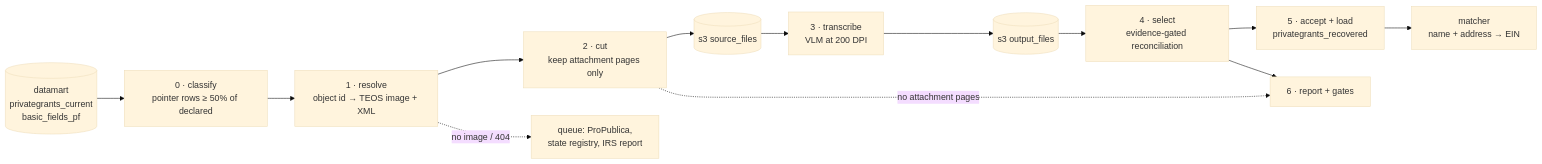
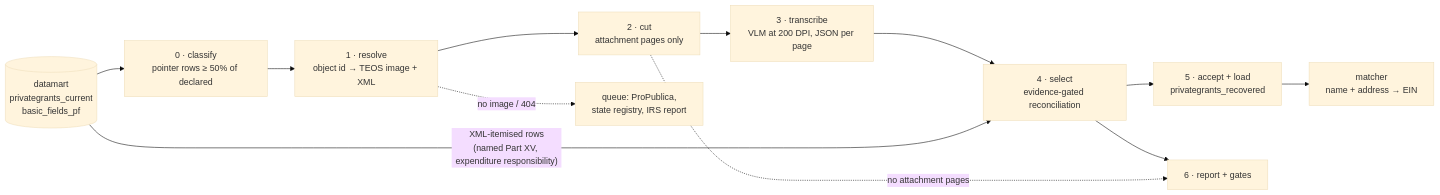
One commit to vibrant-data-labs/givingtuesday-datamart changed the diagram in docs/placeholder_recovery_pipeline.md. Above: the diagram before and after it, drawn with Mermaid (base theme). The commit also changed other lines of this file and 9 other files, not shown here.

````diff
--- a/docs/placeholder_recovery_pipeline.md
+++ b/docs/placeholder_recovery_pipeline.md
@@ -10,18 +12,17 @@
 ```mermaid
 flowchart LR
     DB[(datamart<br/>privategrants_current<br/>basic_fields_pf)]
     C0[0 · classify<br/>pointer rows ≥ 50% of declared]
     C1[1 · resolve<br/>object id → TEOS image + XML]
-    C2[2 · cut<br/>keep attachment pages only]
-    S3a[(s3 source_files)]
-    C3[3 · transcribe<br/>VLM at 200 DPI]
-    S3b[(s3 output_files)]
+    C2[2 · cut<br/>attachment pages only]
+    C3[3 · transcribe<br/>VLM at 200 DPI, JSON per page]
     C4[4 · select<br/>evidence-gated reconciliation]
     C5[5 · accept + load<br/>privategrants_recovered]
     M[matcher<br/>name + address → EIN]
     R[6 · report + gates]
-    DB --> C0 --> C1 --> C2 --> S3a --> C3 --> S3b --> C4 --> C5 --> M
+    DB --> C0 --> C1 --> C2 --> C3 --> C4 --> C5 --> M
+    DB -- XML-itemised rows<br/>(named Part XV, expenditure responsibility) --> C4
     C4 --> R
     C1 -. no image / 404 .-> Q[queue: ProPublica,<br/>state registry, IRS report]
     C2 -. no attachment pages .-> R
 ```
````
